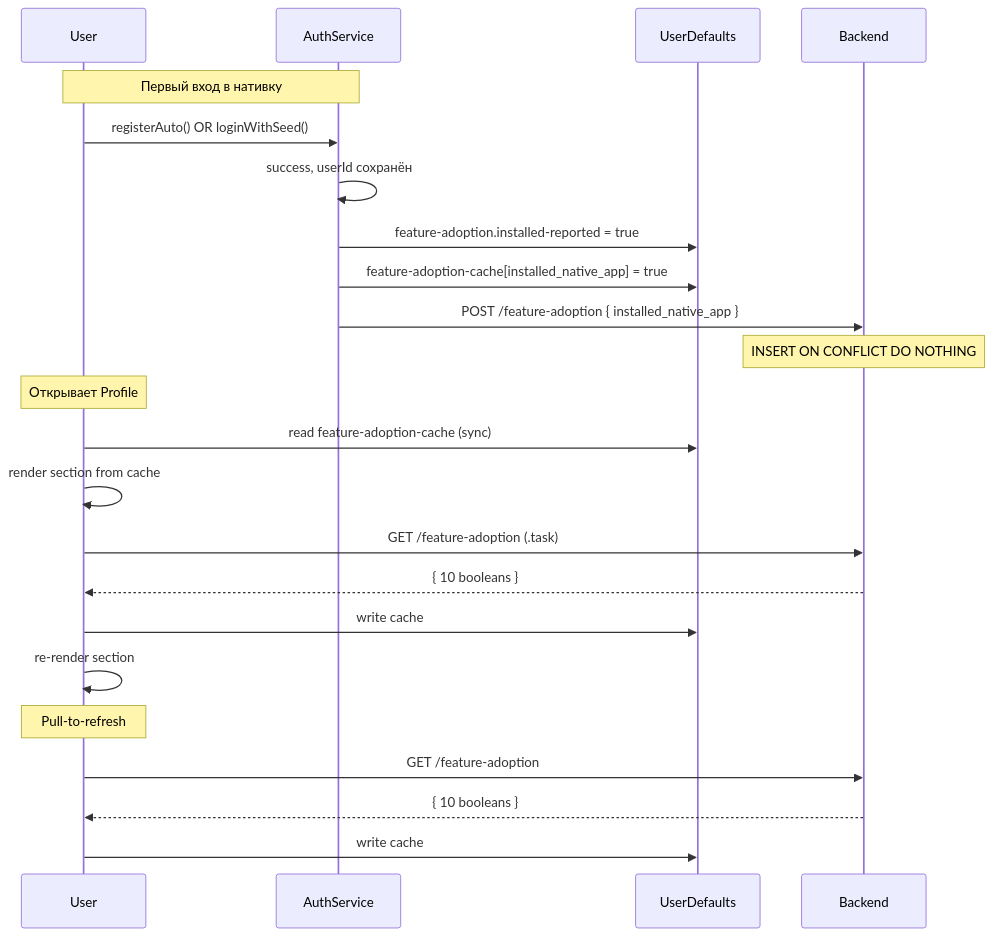
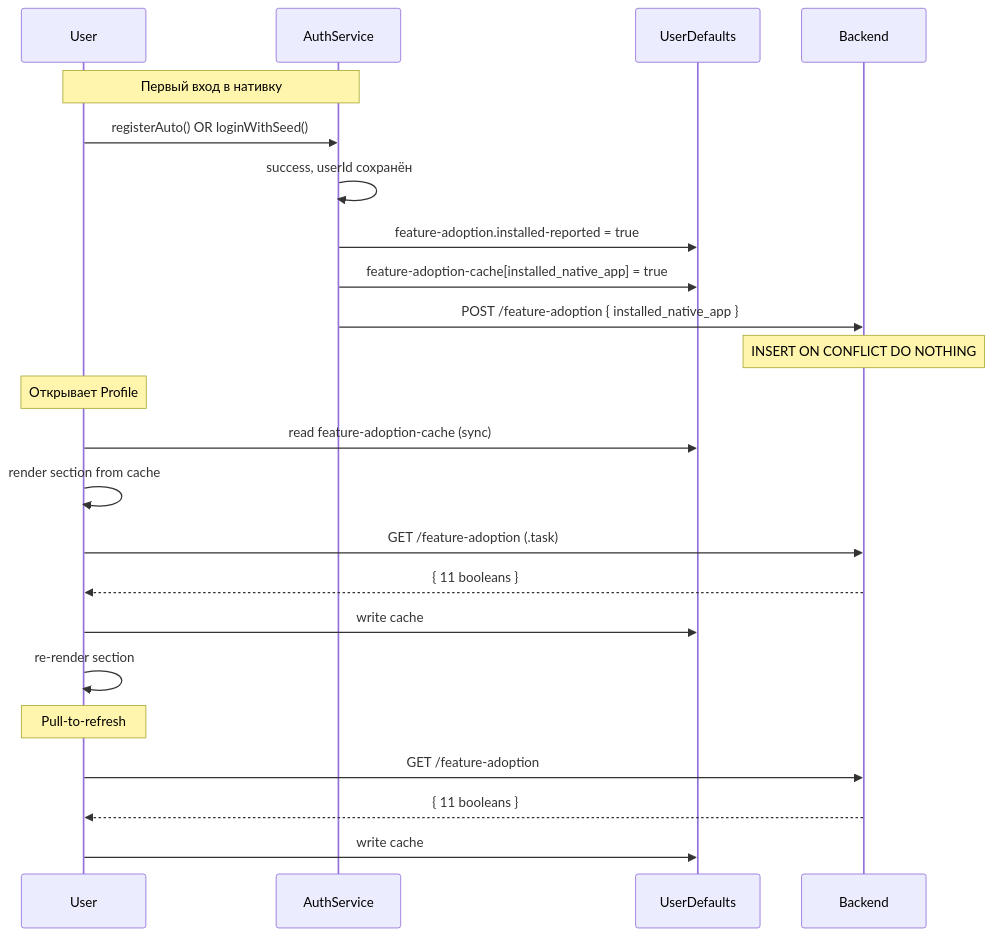
One commit to mikeozornin/recipe-scaler-native changed the first of 3 diagrams in specs/038-feature-adoption-tracker/contracts/feature-adoption-api.md. Above: the diagram before and after it, drawn with Mermaid. The commit also changed other lines of this file and 25 other files, not shown here.

````diff
--- a/specs/038-feature-adoption-tracker/contracts/feature-adoption-api.md
+++ b/specs/038-feature-adoption-tracker/contracts/feature-adoption-api.md
@@ -219,28 +223,28 @@
 ```mermaid
 sequenceDiagram
     participant User
     participant Auth as AuthService
     participant Cache as UserDefaults
     participant API as Backend
 
     Note over User,Auth: Первый вход в нативку
     User->>Auth: registerAuto() OR loginWithSeed()
     Auth->>Auth: success, userId сохранён
     Auth->>Cache: feature-adoption.installed-reported = true
     Auth->>Cache: feature-adoption-cache[installed_native_app] = true
     Auth->>API: POST /feature-adoption { installed_native_app }
     Note over API: INSERT ON CONFLICT DO NOTHING
 
     Note over User: Открывает Profile
     User->>Cache: read feature-adoption-cache (sync)
     User->>User: render section from cache
     User->>API: GET /feature-adoption (.task)
-    API-->>User: { 10 booleans }
+    API-->>User: { 11 booleans }
     User->>Cache: write cache
     User->>User: re-render section
 
     Note over User: Pull-to-refresh
     User->>API: GET /feature-adoption
-    API-->>User: { 10 booleans }
+    API-->>User: { 11 booleans }
     User->>Cache: write cache
 ```
````
